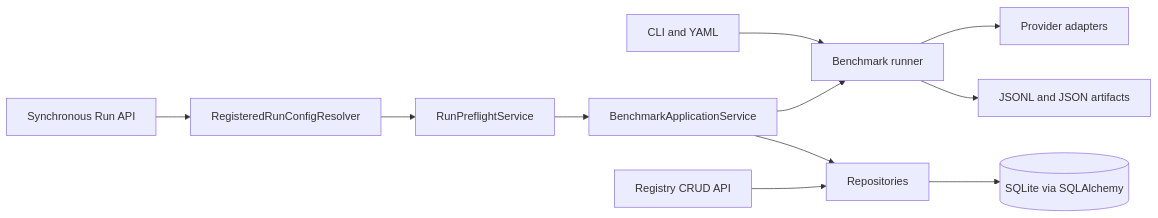
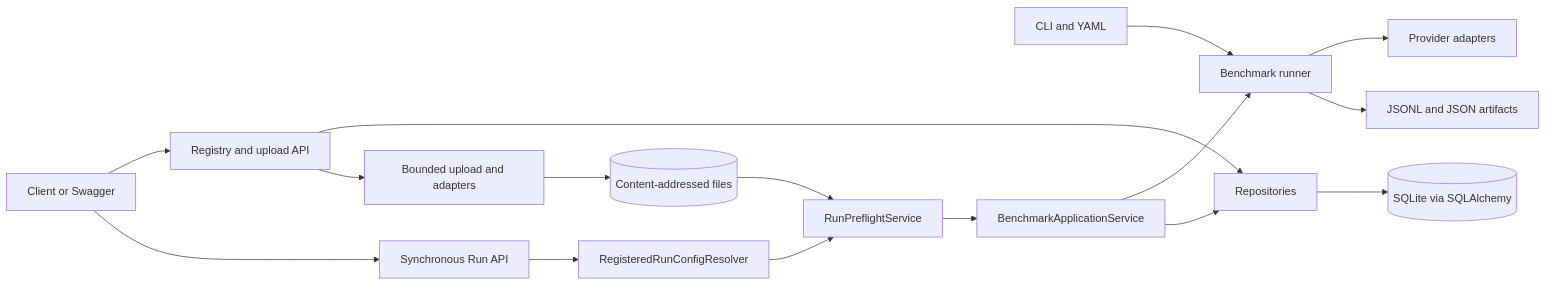
One commit to ataozalpp/llm-benchmark changed the diagram in README.md. Above: the diagram before and after it, drawn with Mermaid. The commit also changed other lines of this file and 2 other files, not shown here.

````diff
--- a/README.md
+++ b/README.md
@@ -43,15 +49,20 @@
 ```mermaid
 flowchart LR
     CLI[CLI and YAML] --> Core[Benchmark runner]
+    Client[Client or Swagger] --> RegistryAPI[Registry and upload API]
+    Client --> RunAPI
+    RegistryAPI --> Repositories[Repositories]
+    RegistryAPI --> Upload[Bounded upload and adapters]
+    Upload --> DatasetFiles[(Content-addressed files)]
     RunAPI[Synchronous Run API] --> Resolver[RegisteredRunConfigResolver]
     Resolver --> Preflight[RunPreflightService]
+    DatasetFiles --> Preflight
     Preflight --> Service[BenchmarkApplicationService]
     Service --> Core
 
     Core --> Providers[Provider adapters]
     Core --> Artifacts[JSONL and JSON artifacts]
 
-    RegistryAPI[Registry CRUD API] --> Repositories[Repositories]
     Service --> Repositories
     Repositories --> DB[(SQLite via SQLAlchemy)]
 ```
````
